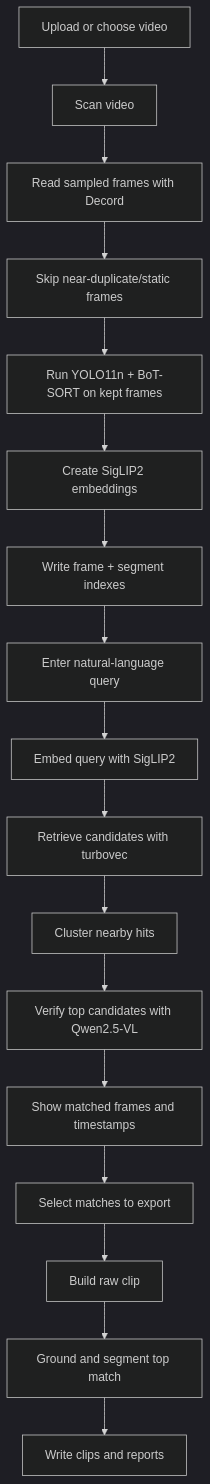
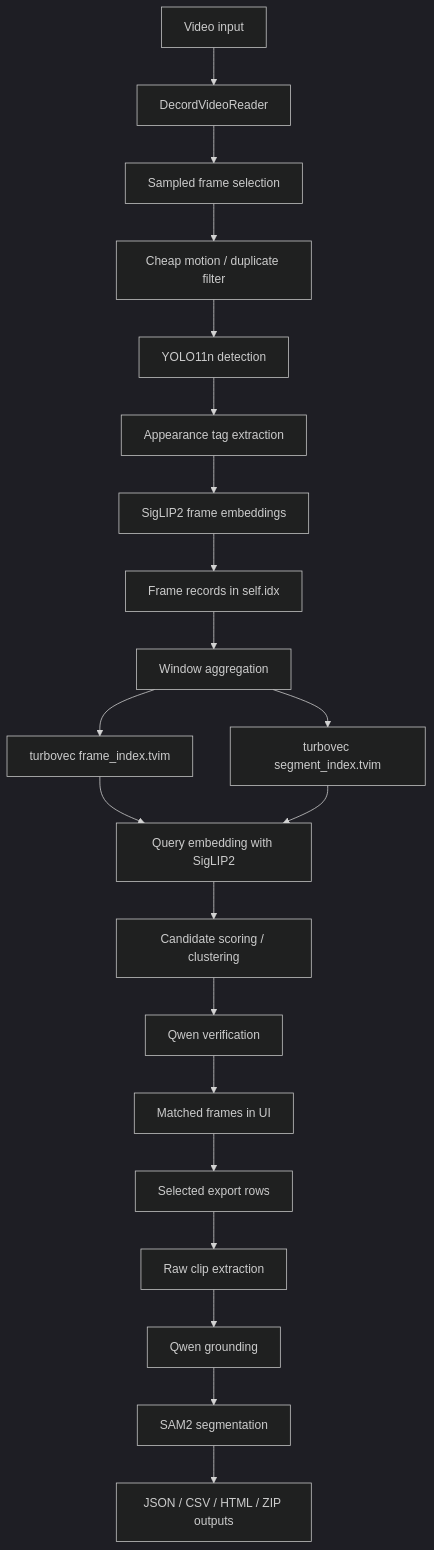
One commit to priyansupattanaik/visionguard-ai changed the second of 2 diagrams in PROJECT_DOCUMENTATION.md. Above: the diagram before and after it, drawn with Mermaid (dark theme). The commit also changed other lines of this file and 2 other files, not shown here.

````diff
--- a/PROJECT_DOCUMENTATION.md
+++ b/PROJECT_DOCUMENTATION.md
@@ -177,19 +289,23 @@
 ```mermaid
 flowchart TD
-    A["Upload or choose video"] --> B["Scan video"]
-    B --> C["Read sampled frames with Decord"]
-    C --> D["Skip near-duplicate/static frames"]
-    D --> E["Run YOLO11n + BoT-SORT on kept frames"]
-    E --> F["Create SigLIP2 embeddings"]
-    F --> G["Write frame + segment indexes"]
-    G --> H["Enter natural-language query"]
-    H --> I["Embed query with SigLIP2"]
-    I --> J["Retrieve candidates with turbovec"]
-    J --> K["Cluster nearby hits"]
-    K --> L["Verify top candidates with Qwen2.5-VL"]
-    L --> M["Show matched frames and timestamps"]
-    M --> N["Select matches to export"]
-    N --> O["Build raw clip"]
-    O --> P["Ground and segment top match"]
-    P --> Q["Write clips and reports"]
+    A["Video input"] --> B["DecordVideoReader"]
+    B --> C["Sampled frame selection"]
+    C --> D["Cheap motion / duplicate filter"]
+    D --> E["YOLO11n detection"]
+    E --> F["Appearance tag extraction"]
+    F --> G["SigLIP2 frame embeddings"]
+    G --> H["Frame records in self.idx"]
+    H --> I["Window aggregation"]
+    I --> J["turbovec frame_index.tvim"]
+    I --> K["turbovec segment_index.tvim"]
+    J --> L["Query embedding with SigLIP2"]
+    K --> L
+    L --> M["Candidate scoring / clustering"]
+    M --> N["Qwen verification"]
+    N --> O["Matched frames in UI"]
+    O --> P["Selected export rows"]
+    P --> Q["Raw clip extraction"]
+    Q --> R["Qwen grounding"]
+    R --> S["SAM2 segmentation"]
+    S --> T["JSON / CSV / HTML / ZIP outputs"]
 ```
````
